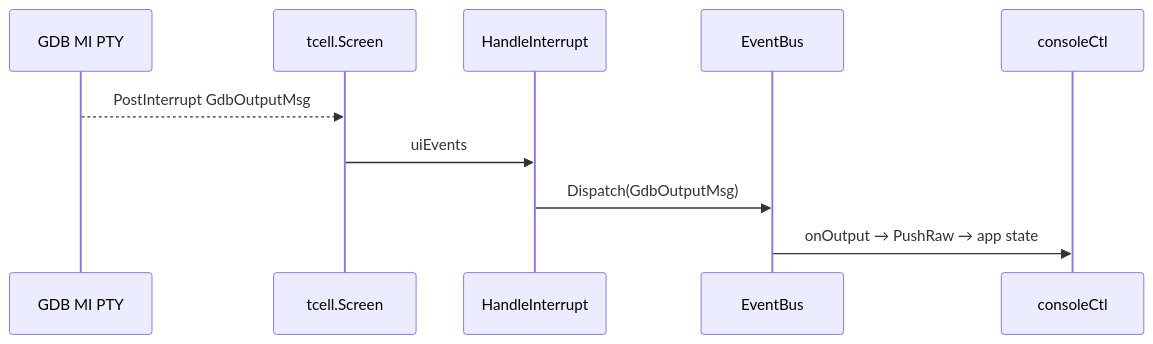
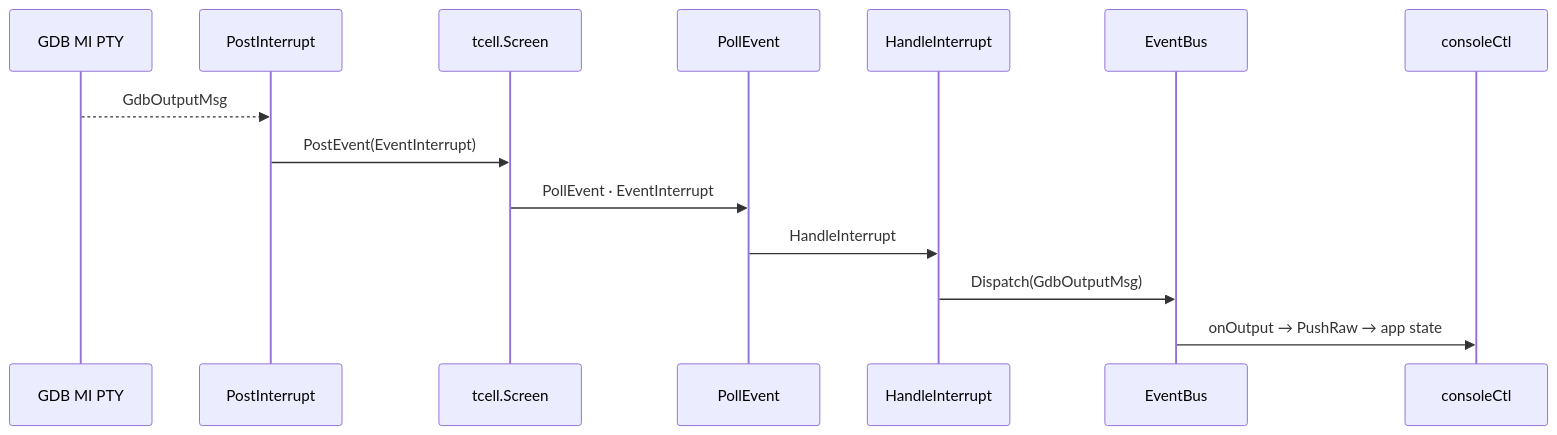
The tenth of 11 diagrams in docs/ARCHITECTURE.md (yairgd/gdbforge), drawn with Mermaid before and after one commit. The commit also changed other lines of this file and 7 other files, not shown here.

````diff
--- a/docs/ARCHITECTURE.md
+++ b/docs/ARCHITECTURE.md
@@ -955,13 +958,17 @@
 ```mermaid
 sequenceDiagram
     participant GDB as GDB MI PTY
+    participant Post as PostInterrupt
     participant Screen as tcell.Screen
+    participant Poll as PollEvent
     participant HI as HandleInterrupt
     participant Bus as EventBus
     participant Ctrl as consoleCtl
 
-    GDB-->>Screen: PostInterrupt GdbOutputMsg
-    Screen->>HI: uiEvents
+    GDB-->>Post: GdbOutputMsg
+    Post->>Screen: PostEvent(EventInterrupt)
+    Screen->>Poll: PollEvent · EventInterrupt
+    Poll->>HI: HandleInterrupt
     HI->>Bus: Dispatch(GdbOutputMsg)
     Bus->>Ctrl: onOutput → PushRaw → app state
 ```
````
